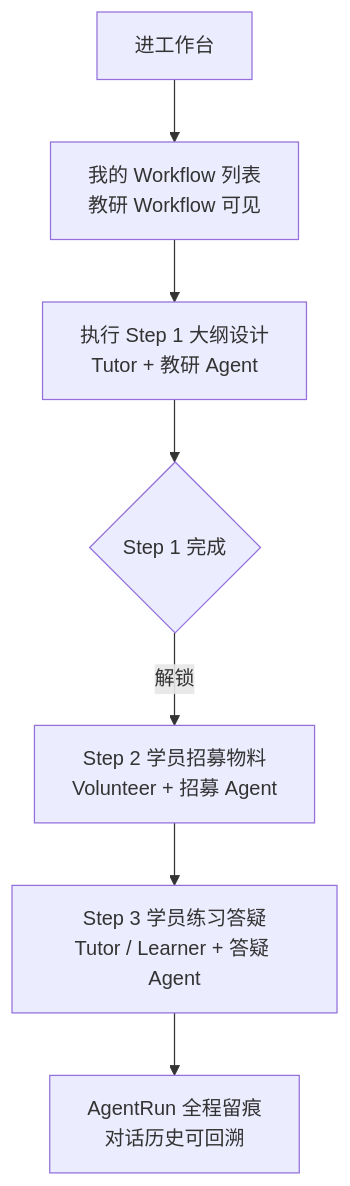
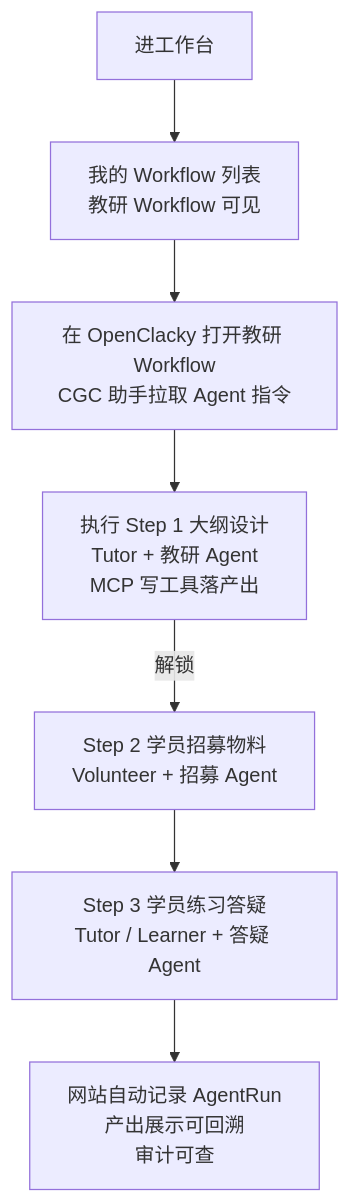
Before and after one commit to CodingGirlsClub/cgc_2046: the fourth of 5 diagrams in docs/用户旅程与Web功能清单.md, drawn with Mermaid. The commit also changed other lines of this file and 6 other files, not shown here.

````diff
--- a/docs/用户旅程与Web功能清单.md
+++ b/docs/用户旅程与Web功能清单.md
@@ -56,9 +82,9 @@
 ```mermaid
 flowchart TD
     A[进工作台] --> B[我的 Workflow 列表<br/>教研 Workflow 可见]
-    B --> C[执行 Step 1 大纲设计<br/>Tutor + 教研 Agent]
-    C --> D{Step 1 完成}
+    B --> C[在 OpenClacky 打开教研 Workflow<br/>CGC 助手拉取 Agent 指令]
+    C --> D[执行 Step 1 大纲设计<br/>Tutor + 教研 Agent<br/>MCP 写工具落产出]
     D -->|解锁| E[Step 2 学员招募物料<br/>Volunteer + 招募 Agent]
     E --> F[Step 3 学员练习答疑<br/>Tutor / Learner + 答疑 Agent]
-    F --> G[AgentRun 全程留痕<br/>对话历史可回溯]
+    F --> G[网站自动记录 AgentRun<br/>产出展示可回溯<br/>审计可查]
 ```
````
